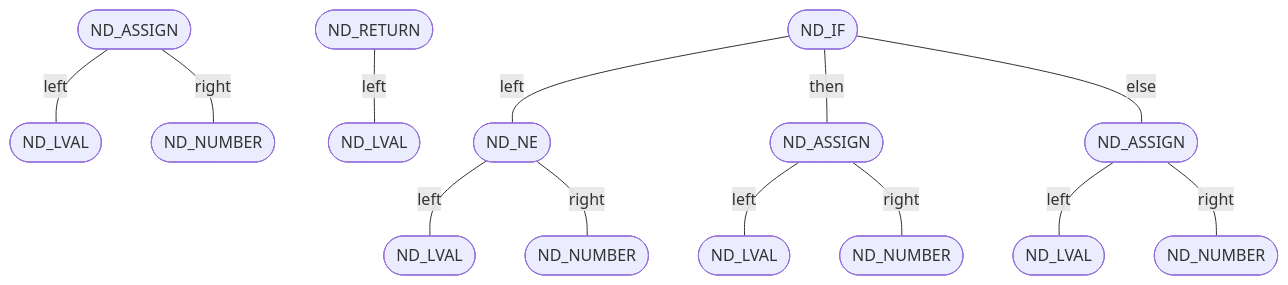
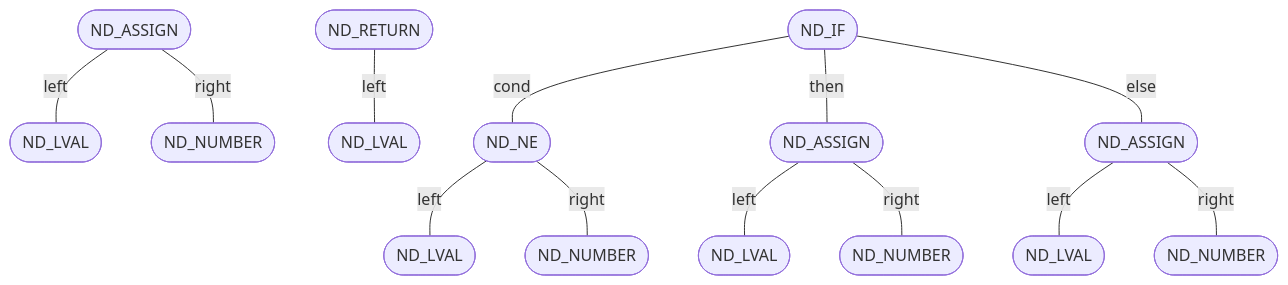
The diagram in parse_result.md (rych-hysh/mcc), drawn with Mermaid before and after one commit. The commit also changed 6 other files, not shown here.

````diff
--- a/parse_result.md
+++ b/parse_result.md
@@ -1,30 +1,30 @@
 ```mermaid
 flowchart TD
 0([ND_ASSIGN])
 1([ND_LVAL])
 0-- left ---1
 3([ND_NUMBER])
 0-- right ---3
 100([ND_IF])
 101([ND_NE])
 102([ND_LVAL])
 101-- left ---102
 205([ND_NUMBER])
 101-- right ---205
-100-- left ---101
+100-- cond ---101
 203([ND_ASSIGN])
 204([ND_LVAL])
 203-- left ---204
 409([ND_NUMBER])
 203-- right ---409
 100-- then ---203
 407([ND_ASSIGN])
 408([ND_LVAL])
 407-- left ---408
 817([ND_NUMBER])
 407-- right ---817
 100-- else ---407
 200([ND_RETURN])
 201([ND_LVAL])
 200-- left ---201
 ```
````
